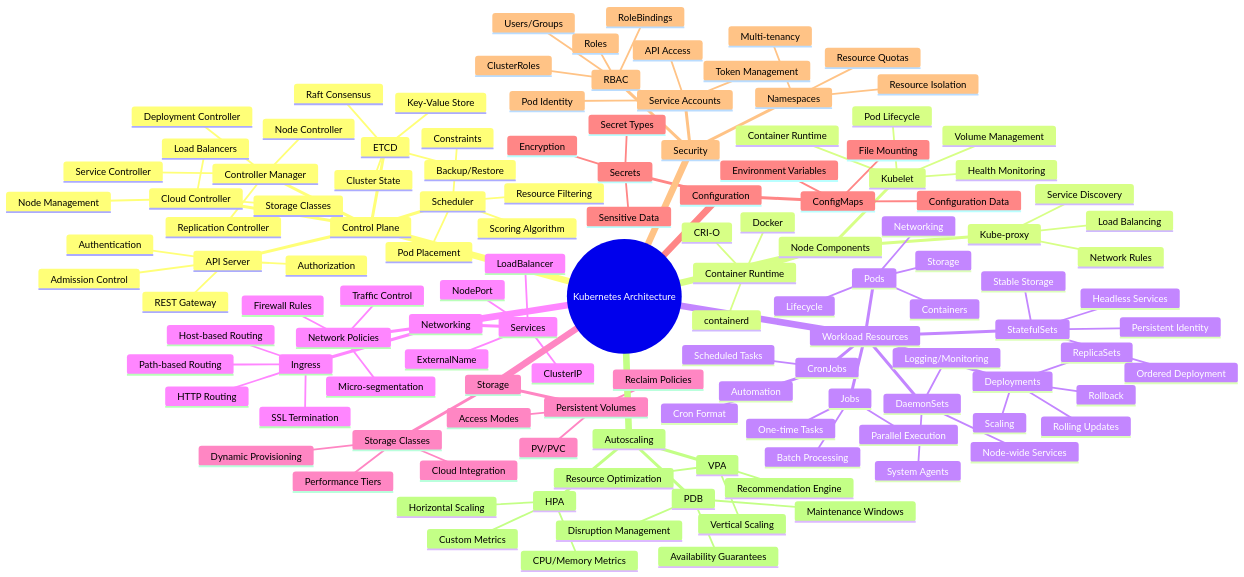
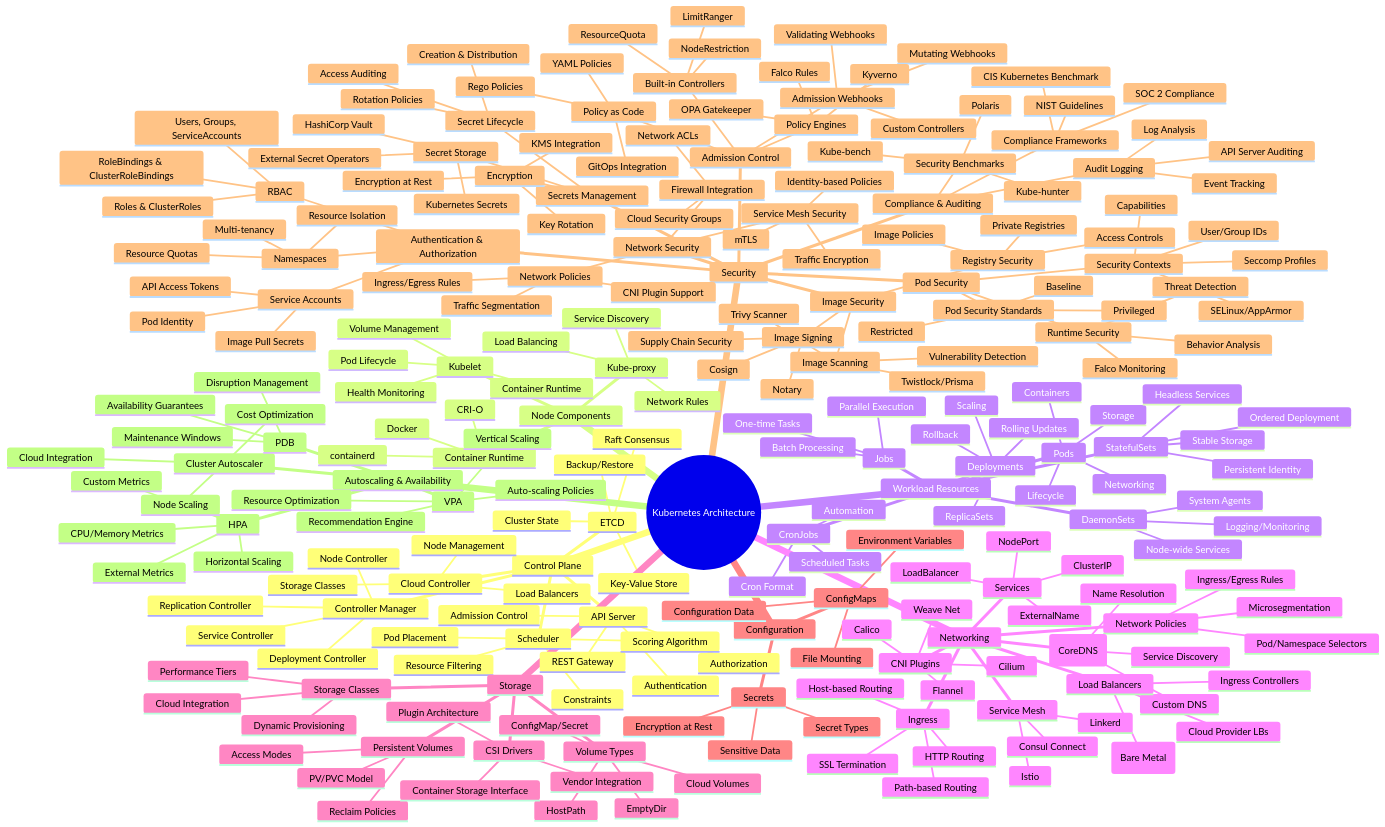
The diagram in Kubernetes/Architecture/kubernetes-mermaid.md (Ganil151/Devops), drawn with Mermaid before and after one commit. The commit also changed 479 other files, not shown here.

Commit message:
Create a study guide for Kubernetes/Architecture Networking and Security are updates also starting youtube lesson

```diff
--- a/Kubernetes/Architecture/kubernetes-mermaid.md
+++ b/Kubernetes/Architecture/kubernetes-mermaid.md
@@ -85,19 +85,45 @@
         Path-based Routing
         Host-based Routing
       Network Policies
-        Micro-segmentation
-        Firewall Rules
-        Traffic Control
+        Microsegmentation
+        Ingress/Egress Rules
+        Pod/Namespace Selectors
+      DNS (CoreDNS)
+        Service Discovery
+        Name Resolution
+        Custom DNS
+      Load Balancers
+        Cloud Provider LBs
+        MetalLB (Bare Metal)
+        Ingress Controllers
+      Service Mesh
+        Istio
+        Linkerd
+        Consul Connect
+      CNI Plugins
+        Flannel
+        Calico
+        Cilium
+        Weave Net
     
     Storage
       Persistent Volumes
-        PV/PVC
+        PV/PVC Model
         Access Modes
         Reclaim Policies
       Storage Classes
         Dynamic Provisioning
         Cloud Integration
         Performance Tiers
+      Volume Types
+        EmptyDir
+        HostPath
+        ConfigMap/Secret
+        Cloud Volumes
+      CSI Drivers
+        Container Storage Interface
+        Plugin Architecture
+        Vendor Integration
     
     Configuration
       ConfigMaps
@@ -106,33 +132,121 @@
         File Mounting
       Secrets
         Sensitive Data
-        Encryption
+        Encryption at Rest
         Secret Types
     
     Security
-      RBAC
-        Roles
-        RoleBindings
-        ClusterRoles
-        Users/Groups
-      Service Accounts
-        Pod Identity
-        API Access
-        Token Management
-      Namespaces
-        Resource Isolation
-        Multi-tenancy
-        Resource Quotas
+      Authentication & Authorization
+        RBAC
+          Roles & ClusterRoles
+          RoleBindings & ClusterRoleBindings
+          Users, Groups, ServiceAccounts
+        Service Accounts
+          Pod Identity
+          API Access Tokens
+          Image Pull Secrets
+        Namespaces
+          Resource Isolation
+          Multi-tenancy
+          Resource Quotas
+      Network Security
+        Network Policies
+          Traffic Segmentation
+          Ingress/Egress Rules
+          CNI Plugin Support
+        Service Mesh Security
+          mTLS
+          Traffic Encryption
+          Identity-based Policies
+        Firewall Integration
+          Cloud Security Groups
+          Network ACLs
+      Pod Security
+        Pod Security Standards
+          Privileged
+          Baseline
+          Restricted
+        Security Contexts
+          User/Group IDs
+          Capabilities
+          SELinux/AppArmor
+          Seccomp Profiles
+        Runtime Security
+          Falco Monitoring
+          Behavior Analysis
+          Threat Detection
+      Secrets Management
+        Secret Storage
+          Kubernetes Secrets
+          External Secret Operators
+          HashiCorp Vault
+        Encryption
+          Encryption at Rest
+          KMS Integration
+          Key Rotation
+        Secret Lifecycle
+          Creation & Distribution
+          Rotation Policies
+          Access Auditing
+      Admission Control
+        Built-in Controllers
+          NodeRestriction
+          ResourceQuota
+          LimitRanger
+        Admission Webhooks
+          Mutating Webhooks
+          Validating Webhooks
+          Custom Controllers
+        Policy Engines
+          OPA Gatekeeper
+          Kyverno
+          Falco Rules
+        Policy as Code
+          Rego Policies
+          YAML Policies
+          GitOps Integration
+      Image Security
+        Image Scanning
+          Vulnerability Detection
+          Trivy Scanner
+          Twistlock/Prisma
+        Image Signing
+          Cosign
+          Notary
+          Supply Chain Security
+        Registry Security
+          Private Registries
+          Access Controls
+          Image Policies
+      Compliance & Auditing
+        Audit Logging
+          API Server Auditing
+          Event Tracking
+          Log Analysis
+        Compliance Frameworks
+          CIS Kubernetes Benchmark
+          NIST Guidelines
+          SOC 2 Compliance
+        Security Benchmarks
+          Kube-bench
+          Kube-hunter
+          Polaris
     
-    Autoscaling
+    Autoscaling & Availability
       HPA
         Horizontal Scaling
         CPU/Memory Metrics
         Custom Metrics
+        External Metrics
       VPA
         Vertical Scaling
         Resource Optimization
         Recommendation Engine
+        Auto-scaling Policies
+      Cluster Autoscaler
+        Node Scaling
+        Cloud Integration
+        Cost Optimization
       PDB
         Availability Guarantees
         Disruption Management
```
